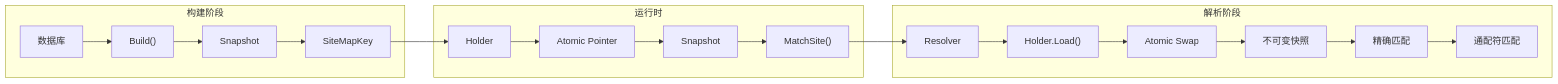
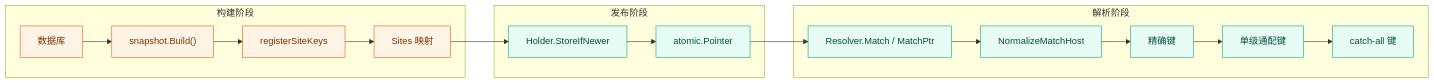
Before and after one commit to x01n/My-OpenWaf: the fifth of 9 diagrams in docs/WAF 引擎系统/引擎核心架构/站点解析器.md, drawn with Mermaid. The commit also changed other lines of this file and 622 other files, not shown here.

````diff
--- a/docs/WAF 引擎系统/引擎核心架构/站点解析器.md
+++ b/docs/WAF 引擎系统/引擎核心架构/站点解析器.md
@@ -247,22 +323,23 @@
 ```mermaid
 graph LR
 subgraph "构建阶段"
-A["数据库"] --> B["Build()"]
-B --> C["Snapshot"]
-C --> D["SiteMapKey"]
+A["数据库"] --> B["snapshot.Build()"]
+B --> C["registerSiteKeys"]
+C --> D["Sites 映射"]
 end
-subgraph "运行时"
-E["Holder"] --> F["Atomic Pointer"]
-F --> G["Snapshot"]
-G --> H["MatchSite()"]
+subgraph "发布阶段"
+D --> E["Holder.StoreIfNewer"]
+E --> F["atomic.Pointer"]
 end
 subgraph "解析阶段"
-I["Resolver"] --> J["Holder.Load()"]
-J --> K["Atomic Swap"]
-K --> L["不可变快照"]
-L --> M["精确匹配"]
-M --> N["通配符匹配"]
+F --> G["Resolver.Match / MatchPtr"]
+G --> H["NormalizeMatchHost"]
+H --> I["精确键"]
+I --> J["单级通配键"]
+J --> K["catch-all 键"]
 end
-D --> E
-H --> I
+classDef build fill:#fff4e6,stroke:#e8590c,color:#7a3400
+classDef read fill:#e6fcf5,stroke:#0ca678,color:#084d3b
+class A,B,C,D build
+class E,F,G,H,I,J,K read
 ```
````
